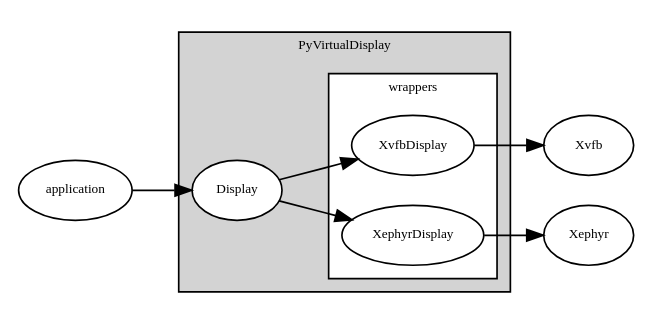
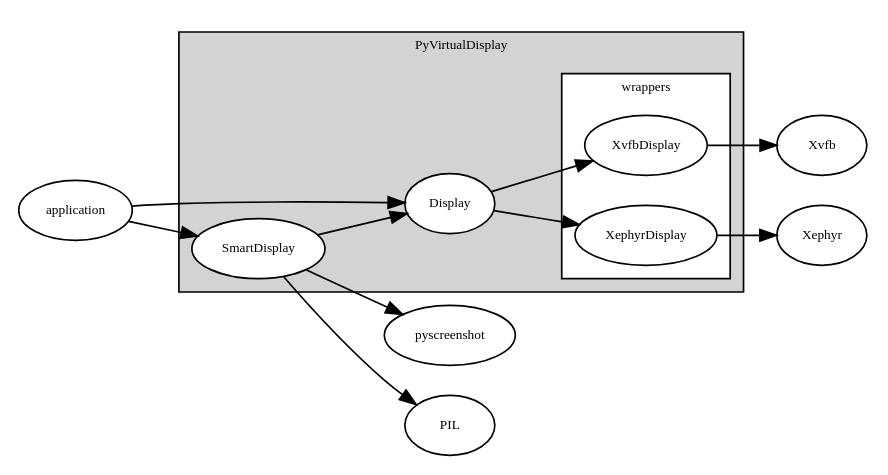
The diagram in docs/struct.rst (ponty/PyVirtualDisplay), drawn with Graphviz before and after one commit. The commit also changed other lines of this file and 16 other files, not shown here.

Commit message:
SmartDisplay

```diff
--- a/docs/struct.rst
+++ b/docs/struct.rst
@@ -4,28 +4,32 @@
 .. graphviz::
 
     digraph G {
     rankdir=LR;
     node [fontsize=8,style=filled, fillcolor=white];
     fontsize=8;
 
     subgraph cluster_0 {
         label = "PyVirtualDisplay";
         style=filled;
         subgraph cluster_2 {
             style=filled;
             fillcolor=white;
             label = "wrappers";
 
             XvfbDisplay;
             XephyrDisplay;
         }
         Display -> XvfbDisplay;
         Display -> XephyrDisplay;
+        SmartDisplay -> Display
     }
     XvfbDisplay -> Xvfb;
     XephyrDisplay -> Xephyr;
 
     application -> Display;
+    application -> SmartDisplay;
 
-
+	SmartDisplay -> pyscreenshot;
+	SmartDisplay -> PIL;
+	
     }
```
